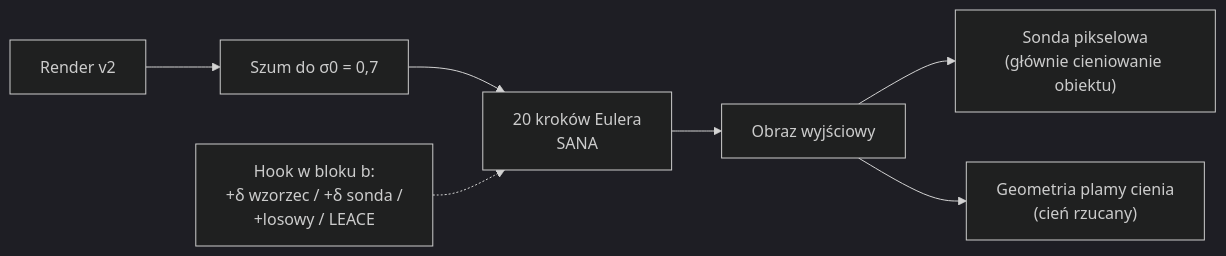
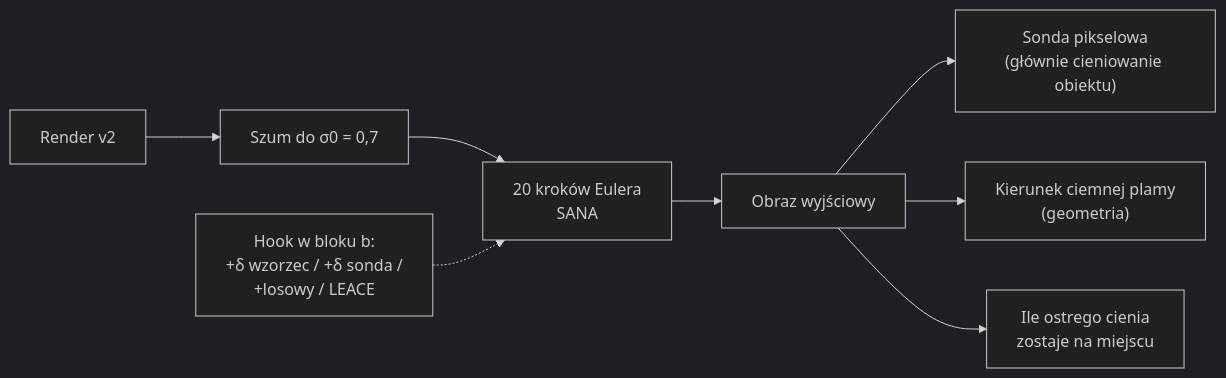
One commit to FilipLangiewicz/DoesDiffusionLearn3D changed the third of 3 diagrams in docs/STAN_PRAC.md. Above: the diagram before and after it, drawn with Mermaid (dark theme). The commit also changed other lines of this file and 3 other files, not shown here.

````diff
--- a/docs/STAN_PRAC.md
+++ b/docs/STAN_PRAC.md
@@ -94,9 +94,10 @@
 ```mermaid
 flowchart LR
     R["Render v2"] --> N["Szum do σ0 = 0,7"]
     N --> S["20 kroków Eulera<br/>SANA"]
     H["Hook w bloku b:<br/>+δ wzorzec / +δ sonda /<br/>+losowy / LEACE"] -.-> S
     S --> O["Obraz wyjściowy"]
     O --> P1["Sonda pikselowa<br/>(głównie cieniowanie obiektu)"]
-    O --> P2["Geometria plamy cienia<br/>(cień rzucany)"]
+    O --> P2["Kierunek ciemnej plamy<br/>(geometria)"]
+    O --> P3["Ile ostrego cienia<br/>zostaje na miejscu"]
 ```
````
